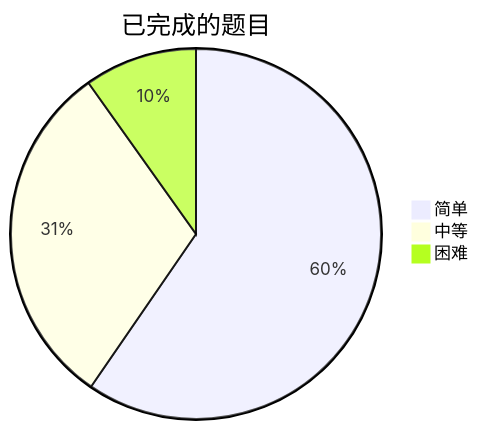
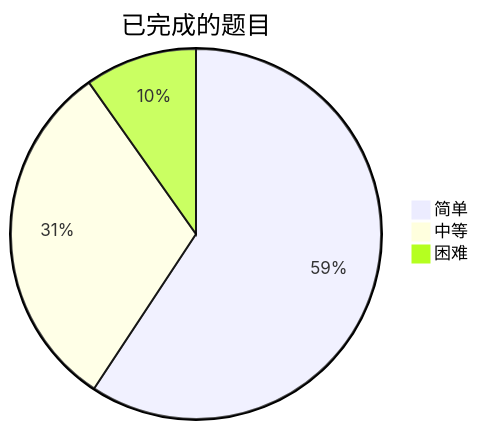
The diagram in README.md (kaisa911/LeetCode), drawn with Mermaid before and after one commit. The commit also changed other lines of this file and 2 other files, not shown here.

````diff
--- a/README.md
+++ b/README.md
@@ -12,7 +12,7 @@
 ```mermaid
 pie title 已完成的题目
     "简单" : 115
-    "中等" : 59
+    "中等" : 60
     "困难" : 19
 
 ```
````
